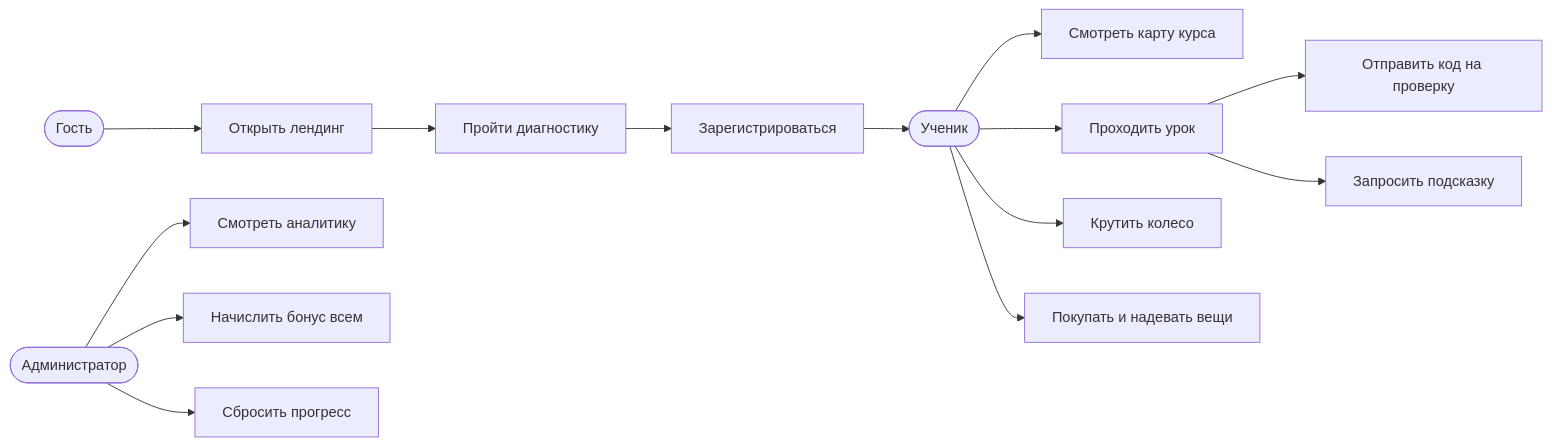
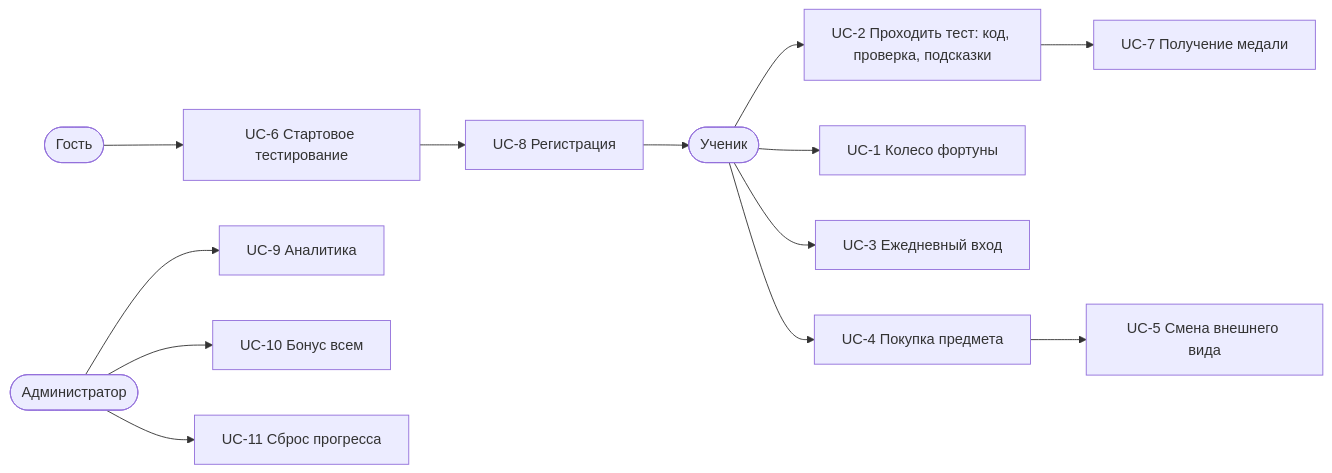
One commit to impaermax/codehog changed the diagram in docs/01-контекст.md. Above: the diagram before and after it, drawn with Mermaid. The commit also changed other lines of this file and 3 other files, not shown here.

````diff
--- a/docs/01-контекст.md
+++ b/docs/01-контекст.md
@@ -35,18 +35,17 @@
 ```mermaid
 graph LR
-    Г([Гость]) --> ЛЕНД[Открыть лендинг]
-    ЛЕНД --> ТЕСТ[Пройти диагностику]
-    ТЕСТ --> РЕГ[Зарегистрироваться]
+    Г([Гость]) --> ТЕСТ["UC-6 Стартовое тестирование"]
+    ТЕСТ --> РЕГ["UC-8 Регистрация"]
     РЕГ --> У([Ученик])
 
-    У --> КУРС[Смотреть карту курса]
-    У --> УРОК[Проходить урок]
-    УРОК --> КОД[Отправить код на проверку]
-    УРОК --> ПОДСК[Запросить подсказку]
-    У --> КОЛЕСО[Крутить колесо]
-    У --> МАГ[Покупать и надевать вещи]
+    У --> УРОК["UC-2 Проходить тест: код, проверка, подсказки"]
+    У --> КОЛЕСО["UC-1 Колесо фортуны"]
+    У --> ОГОНЬ["UC-3 Ежедневный вход"]
+    У --> МАГ["UC-4 Покупка предмета"]
+    МАГ --> ВИД["UC-5 Смена внешнего вида"]
+    УРОК --> МЕД["UC-7 Получение медали"]
 
-    А([Администратор]) --> АНАЛ[Смотреть аналитику]
-    А --> БОНУС[Начислить бонус всем]
-    А --> СБРОС[Сбросить прогресс]
+    А([Администратор]) --> АНАЛ["UC-9 Аналитика"]
+    А --> БОНУС["UC-10 Бонус всем"]
+    А --> СБРОС["UC-11 Сброс прогресса"]
 ```
````
